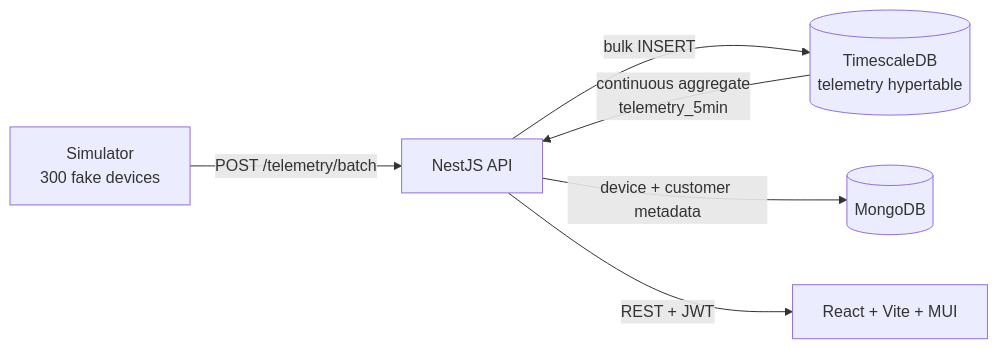
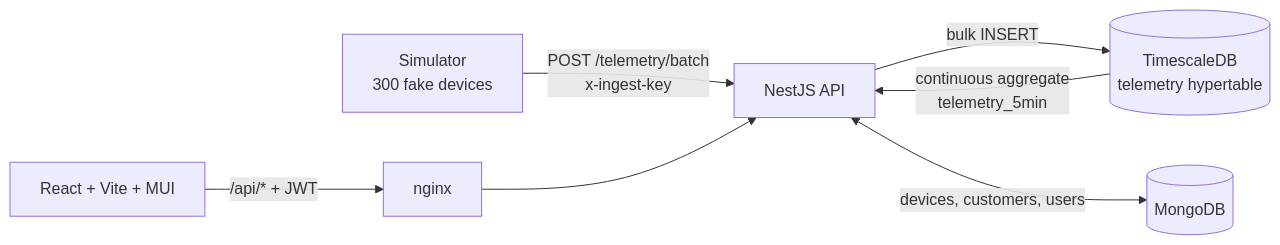
The diagram in README.md (chiragmandyal1/fleet-pulse), drawn with Mermaid before and after one commit. The commit also changed other lines of this file and 82 other files, not shown here.

````diff
--- a/README.md
+++ b/README.md
@@ -18,8 +44,8 @@
 ```mermaid
 flowchart LR
-    SIM[Simulator<br/>300 fake devices] -->|POST /telemetry/batch| API[NestJS API]
+    SIM[Simulator<br/>300 fake devices] -->|POST /telemetry/batch<br/>x-ingest-key| API[NestJS API]
     API -->|bulk INSERT| TS[(TimescaleDB<br/>telemetry hypertable)]
-    API -->|device + customer metadata| MG[(MongoDB)]
+    API <-->|devices, customers, users| MG[(MongoDB)]
     TS -->|continuous aggregate<br/>telemetry_5min| API
-    API -->|REST + JWT| UI[React + Vite + MUI]
+    UI[React + Vite + MUI] -->|/api/* + JWT| NG[nginx] --> API
 ```
````
